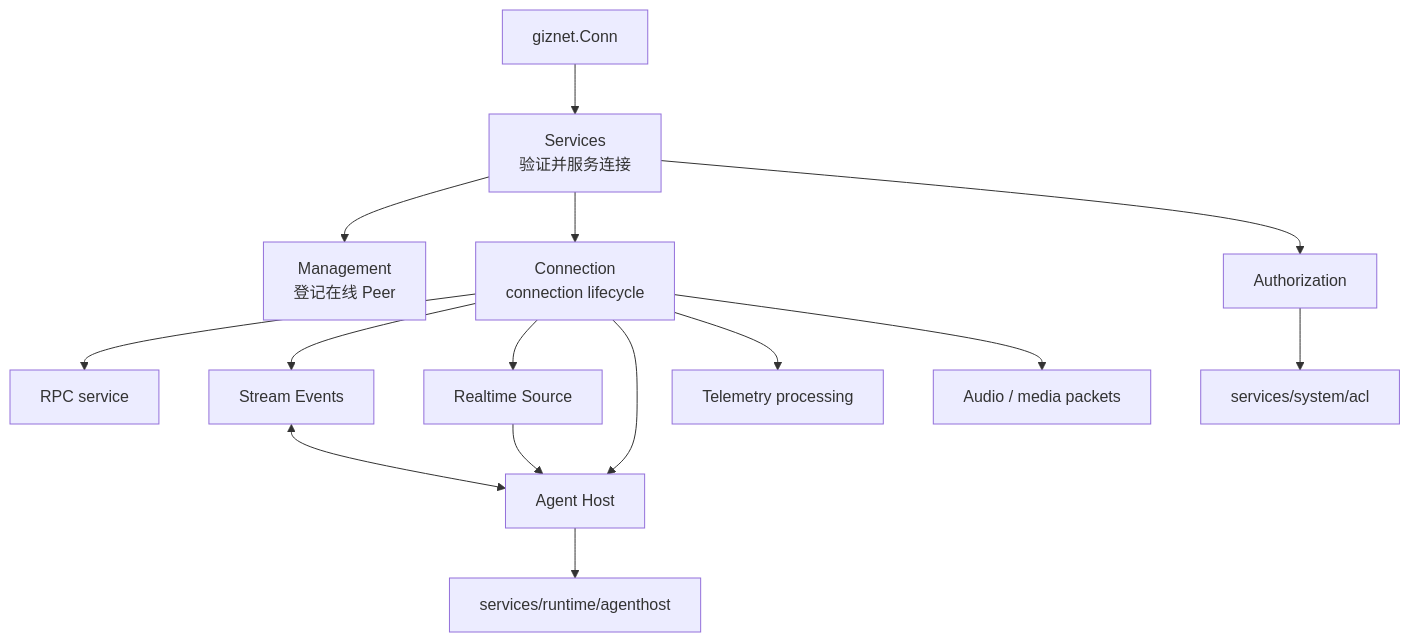
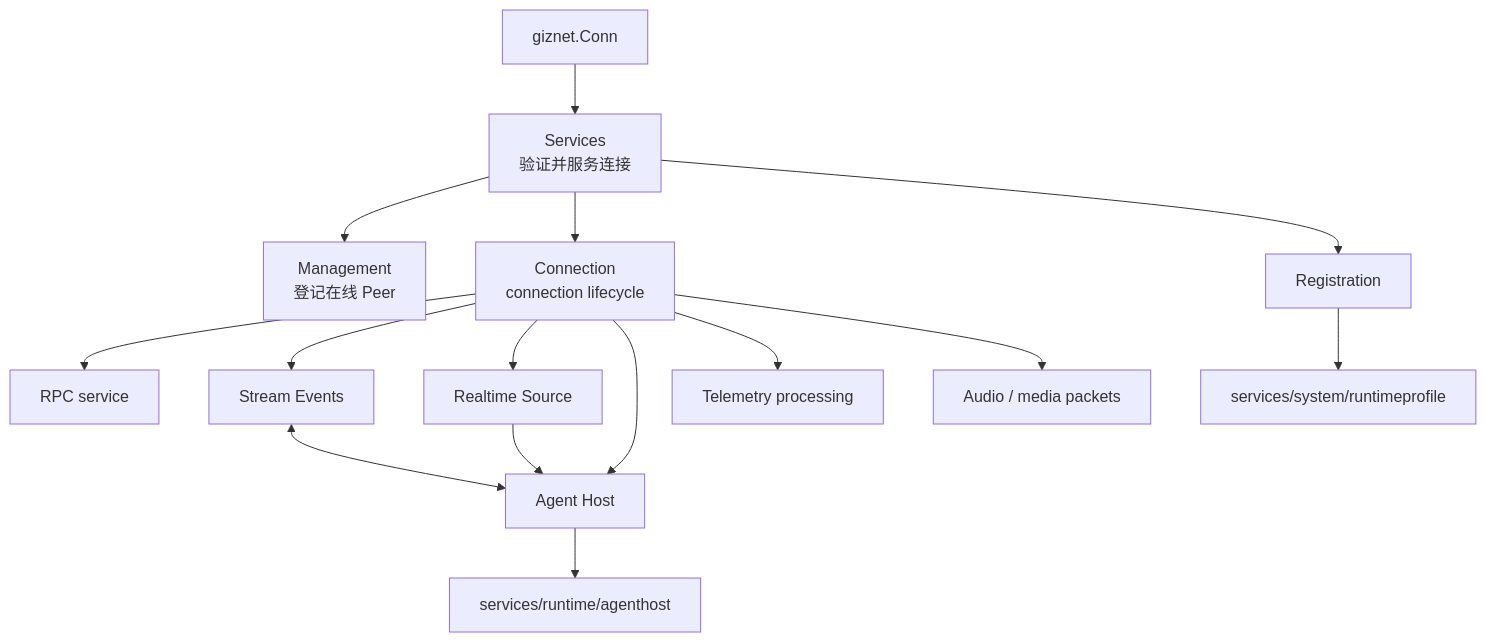
The diagram in guides/zh/developing/gizclaw/peer/overview.md (GizClaw/gizclaw), drawn with Mermaid before and after one commit. The commit also changed other lines of this file and 574 other files, not shown here.

First line of the commit message:
repo: replace ACL access with ownership and RuntimeProfile (#324)

````diff
--- a/guides/zh/developing/gizclaw/peer/overview.md
+++ b/guides/zh/developing/gizclaw/peer/overview.md
@@ -19,19 +19,19 @@
 ```mermaid
 flowchart TB
     Giznet["giznet.Conn"] --> Service["Services<br/>验证并服务连接"]
     Service --> Manager["Management<br/>登记在线 Peer"]
     Service --> Conn["Connection<br/>connection lifecycle"]
 
     Conn --> RPC["RPC service"]
     Conn --> Events["Stream Events"]
     Conn --> Realtime["Realtime Source"]
     Conn --> Host["Agent Host"]
     Conn --> Telemetry["Telemetry processing"]
     Conn --> Media["Audio / media packets"]
 
-    Service --> Auth["Authorization"]
-    Auth --> ACL["services/system/acl"]
+    Service --> Registration["Registration"]
+    Registration --> Profile["services/system/runtimeprofile"]
     Host --> Runtime["services/runtime/agenthost"]
     Realtime --> Host
     Events <--> Host
 ```
````
